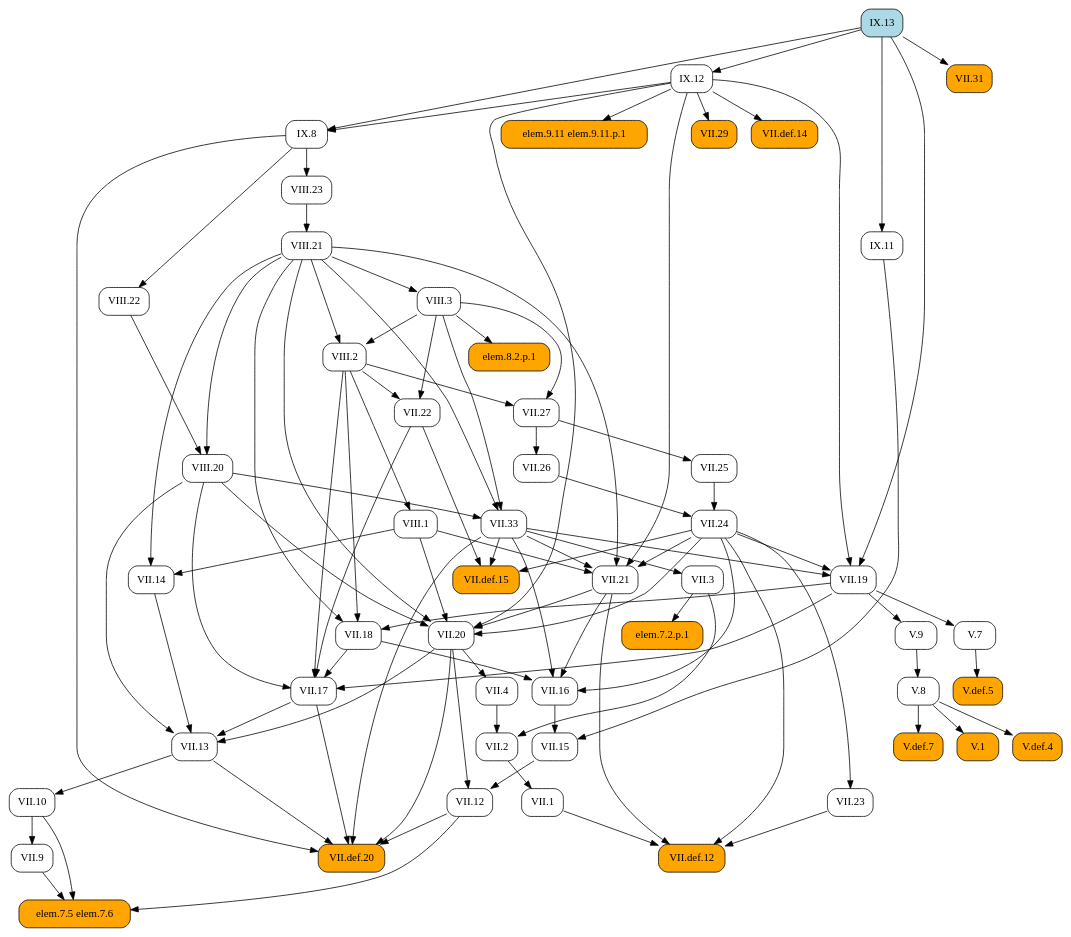
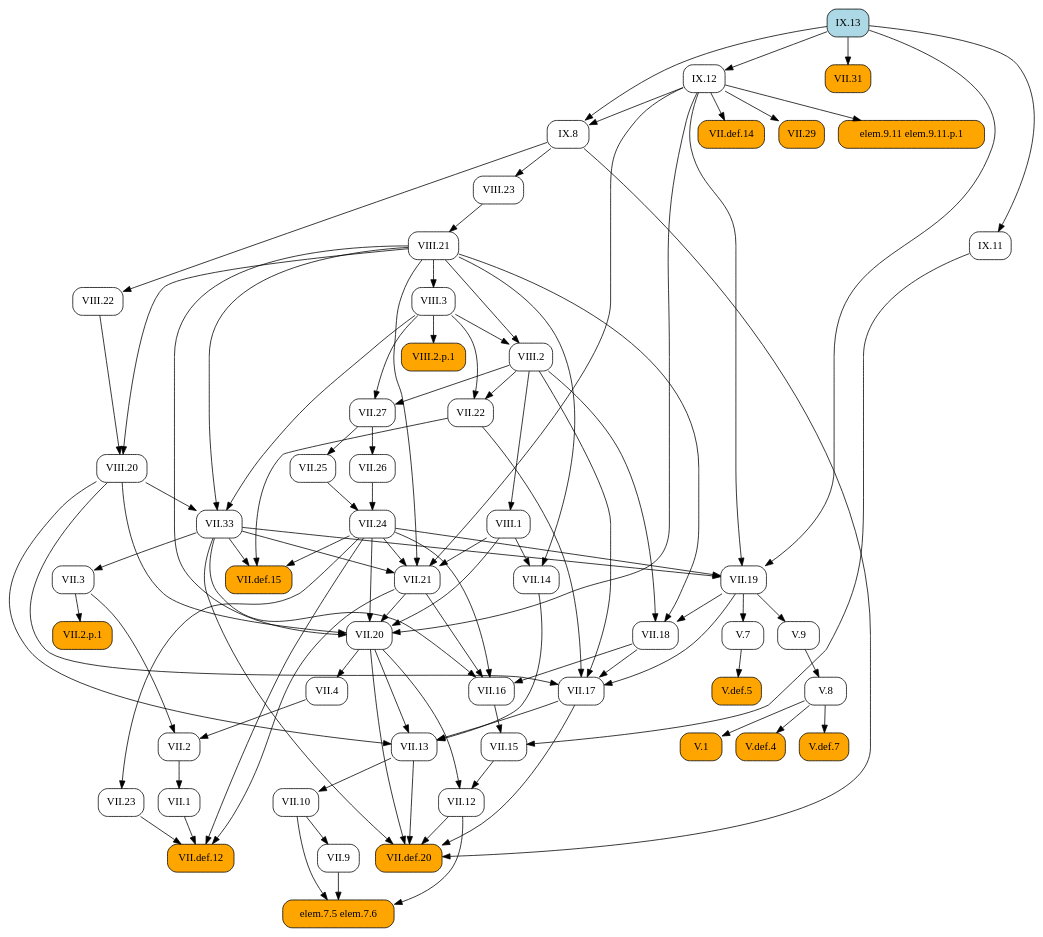
Before and after one commit to geometor/elements: the diagram in docsrc/heath/IX/13/index.rst, drawn with Graphviz. The commit also changed 484 other files, not shown here.

```diff
--- a/docsrc/heath/IX/13/index.rst
+++ b/docsrc/heath/IX/13/index.rst
@@ -102,111 +102,74 @@
    digraph {
      rankdir="TB";
      node [shape=box, style=rounded];
-     "VII.1" [URL="/heath/VII/1/", target="_top"];
+     "IX.8" [URL="/heath/IX/8/", target="_top"];
+     "VII.def.14" [style="rounded,filled", fillcolor=orange, URL="/heath/VII/def.14/", target="_top"];
+     "VII.12" [URL="/heath/VII/12/", target="_top"];
+     "elem.7.5 elem.7.6" [style="rounded,filled", fillcolor=orange];
+     "VIII.20" [URL="/heath/VIII/20/", target="_top"];
+     "VII.33" [URL="/heath/VII/33/", target="_top"];
      "VII.9" [URL="/heath/VII/9/", target="_top"];
-     "V.def.5" [style="rounded,filled", fillcolor=orange, URL="/heath/V/def.5/", target="_top"];
-     "IX.13" [style="rounded,filled", fillcolor=lightblue, URL="/heath/IX/13/", target="_top"];
-     "VII.29" [style="rounded,filled", fillcolor=orange, URL="/heath/VII/29/", target="_top"];
-     "VIII.23" [URL="/heath/VIII/23/", target="_top"];
      "IX.12" [URL="/heath/IX/12/", target="_top"];
-     "IX.11" [URL="/heath/IX/11/", target="_top"];
-     "VII.17" [URL="/heath/VII/17/", target="_top"];
-     "VII.3" [URL="/heath/VII/3/", target="_top"];
-     "elem.7.5 elem.7.6" [style="rounded,filled", fillcolor=orange];
-     "VIII.21" [URL="/heath/VIII/21/", target="_top"];
-     "V.7" [URL="/heath/V/7/", target="_top"];
-     "V.9" [URL="/heath/V/9/", target="_top"];
-     "VII.13" [URL="/heath/VII/13/", target="_top"];
-     "VII.2" [URL="/heath/VII/2/", target="_top"];
-     "VIII.1" [URL="/heath/VIII/1/", target="_top"];
      "VIII.2" [URL="/heath/VIII/2/", target="_top"];
-     "VII.12" [URL="/heath/VII/12/", target="_top"];
-     "IX.8" [URL="/heath/IX/8/", target="_top"];
-     "VII.24" [URL="/heath/VII/24/", target="_top"];
-     "VII.def.14" [style="rounded,filled", fillcolor=orange, URL="/heath/VII/def.14/", target="_top"];
-     "VII.def.12" [style="rounded,filled", fillcolor=orange, URL="/heath/VII/def.12/", target="_top"];
-     "V.8" [URL="/heath/V/8/", target="_top"];
-     "VII.33" [URL="/heath/VII/33/", target="_top"];
-     "VIII.22" [URL="/heath/VIII/22/", target="_top"];
-     "elem.7.2.p.1" [style="rounded,filled", fillcolor=orange];
-     "elem.9.11 elem.9.11.p.1" [style="rounded,filled", fillcolor=orange];
-     "VII.10" [URL="/heath/VII/10/", target="_top"];
-     "VII.def.15" [style="rounded,filled", fillcolor=orange, URL="/heath/VII/def.15/", target="_top"];
-     "VII.19" [URL="/heath/VII/19/", target="_top"];
      "VII.18" [URL="/heath/VII/18/", target="_top"];
      "VII.16" [URL="/heath/VII/16/", target="_top"];
+     "V.7" [URL="/heath/V/7/", target="_top"];
      "VII.26" [URL="/heath/VII/26/", target="_top"];
-     "VII.4" [URL="/heath/VII/4/", target="_top"];
-     "VII.25" [URL="/heath/VII/25/", target="_top"];
-     "VII.21" [URL="/heath/VII/21/", target="_top"];
-     "V.1" [style="rounded,filled", fillcolor=orange, URL="/heath/V/1/", target="_top"];
-     "VII.20" [URL="/heath/VII/20/", target="_top"];
+     "V.def.5" [style="rounded,filled", fillcolor=orange, URL="/heath/V/def.5/", target="_top"];
+     "V.9" [URL="/heath/V/9/", target="_top"];
+     "VII.10" [URL="/heath/VII/10/", target="_top"];
+     "VIII.3" [URL="/heath/VIII/3/", target="_top"];
+     "VII.13" [URL="/heath/VII/13/", target="_top"];
+     "VIII.23" [URL="/heath/VIII/23/", target="_top"];
+     "VII.29" [style="rounded,filled", fillcolor=orange, URL="/heath/VII/29/", target="_top"];
+     "VII.31" [style="rounded,filled", fillcolor=orange, URL="/heath/VII/31/", target="_top"];
+     "elem.9.11 elem.9.11.p.1" [style="rounded,filled", fillcolor=orange];
+     "VII.def.15" [style="rounded,filled", fillcolor=orange, URL="/heath/VII/def.15/", target="_top"];
+     "IX.13" [style="rounded,filled", fillcolor=lightblue, URL="/heath/IX/13/", target="_top"];
+     "VII.17" [URL="/heath/VII/17/", target="_top"];
+     "VII.19" [URL="/heath/VII/19/", target="_top"];
+     "VIII.2.p.1" [style="rounded,filled", fillcolor=orange];
+     "VII.2" [URL="/heath/VII/2/", target="_top"];
+     "VII.def.20" [style="rounded,filled", fillcolor=orange, URL="/heath/VII/def.20/", target="_top"];
+     "VII.2.p.1" [style="rounded,filled", fillcolor=orange];
+     "VII.15" [URL="/heath/VII/15/", target="_top"];
+     "V.def.4" [style="rounded,filled", fillcolor=orange, URL="/heath/V/def.4/", target="_top"];
+     "VIII.22" [URL="/heath/VIII/22/", target="_top"];
+     "V.def.7" [style="rounded,filled", fillcolor=orange, URL="/heath/V/def.7/", target="_top"];
+     "VIII.21" [URL="/heath/VIII/21/", target="_top"];
      "VII.14" [URL="/heath/VII/14/", target="_top"];
      "VII.27" [URL="/heath/VII/27/", target="_top"];
-     "VIII.3" [URL="/heath/VIII/3/", target="_top"];
-     "V.def.4" [style="rounded,filled", fillcolor=orange, URL="/heath/V/def.4/", target="_top"];
-     "VII.31" [style="rounded,filled", fillcolor=orange, URL="/heath/VII/31/", target="_top"];
+     "VII.21" [URL="/heath/VII/21/", target="_top"];
+     "VII.1" [URL="/heath/VII/1/", target="_top"];
      "VII.22" [URL="/heath/VII/22/", target="_top"];
-     "VIII.20" [URL="/heath/VIII/20/", target="_top"];
-     "V.def.7" [style="rounded,filled", fillcolor=orange, URL="/heath/V/def.7/", target="_top"];
+     "IX.11" [URL="/heath/IX/11/", target="_top"];
+     "VIII.1" [URL="/heath/VIII/1/", target="_top"];
+     "V.8" [URL="/heath/V/8/", target="_top"];
+     "VII.25" [URL="/heath/VII/25/", target="_top"];
      "VII.23" [URL="/heath/VII/23/", target="_top"];
-     "VII.15" [URL="/heath/VII/15/", target="_top"];
-     "VII.def.20" [style="rounded,filled", fillcolor=orange, URL="/heath/VII/def.20/", target="_top"];
-     "elem.8.2.p.1" [style="rounded,filled", fillcolor=orange];
-     "VII.2" -> "VII.1";
-     "VII.10" -> "VII.9";
-     "V.7" -> "V.def.5";
-     "IX.12" -> "VII.29";
-     "IX.8" -> "VIII.23";
-     "IX.13" -> "IX.12";
-     "IX.13" -> "IX.11";
-     "VII.18" -> "VII.17";
-     "VII.19" -> "VII.17";
-     "VII.22" -> "VII.17";
-     "VIII.2" -> "VII.17";
-     "VIII.20" -> "VII.17";
-     "VII.33" -> "VII.3";
+     "VII.4" [URL="/heath/VII/4/", target="_top"];
+     "VII.def.12" [style="rounded,filled", fillcolor=orange, URL="/heath/VII/def.12/", target="_top"];
+     "V.1" [style="rounded,filled", fillcolor=orange, URL="/heath/V/1/", target="_top"];
+     "VII.3" [URL="/heath/VII/3/", target="_top"];
+     "VII.24" [URL="/heath/VII/24/", target="_top"];
+     "VII.20" [URL="/heath/VII/20/", target="_top"];
+     "IX.12" -> "IX.8";
+     "IX.13" -> "IX.8";
+     "IX.12" -> "VII.def.14";
+     "VII.15" -> "VII.12";
+     "VII.20" -> "VII.12";
      "VII.9" -> "elem.7.5 elem.7.6";
      "VII.10" -> "elem.7.5 elem.7.6";
      "VII.12" -> "elem.7.5 elem.7.6";
-     "VIII.23" -> "VIII.21";
-     "VII.19" -> "V.7";
-     "VII.19" -> "V.9";
-     "VII.14" -> "VII.13";
-     "VII.17" -> "VII.13";
-     "VII.20" -> "VII.13";
-     "VIII.20" -> "VII.13";
-     "VII.3" -> "VII.2";
-     "VII.4" -> "VII.2";
-     "VIII.2" -> "VIII.1";
-     "VIII.3" -> "VIII.2";
-     "VIII.21" -> "VIII.2";
-     "VII.15" -> "VII.12";
-     "VII.20" -> "VII.12";
-     "IX.12" -> "IX.8";
-     "IX.13" -> "IX.8";
-     "VII.25" -> "VII.24";
-     "VII.26" -> "VII.24";
-     "IX.12" -> "VII.def.14";
-     "VII.1" -> "VII.def.12";
-     "VII.21" -> "VII.def.12";
-     "VII.23" -> "VII.def.12";
-     "VII.24" -> "VII.def.12";
-     "V.9" -> "V.8";
+     "VIII.21" -> "VIII.20";
+     "VIII.22" -> "VIII.20";
      "VIII.3" -> "VII.33";
      "VIII.20" -> "VII.33";
      "VIII.21" -> "VII.33";
-     "IX.8" -> "VIII.22";
-     "VII.3" -> "elem.7.2.p.1";
-     "IX.12" -> "elem.9.11 elem.9.11.p.1";
-     "VII.13" -> "VII.10";
-     "VII.22" -> "VII.def.15";
-     "VII.24" -> "VII.def.15";
-     "VII.33" -> "VII.def.15";
-     "VII.24" -> "VII.19";
-     "VII.33" -> "VII.19";
-     "IX.12" -> "VII.19";
-     "IX.13" -> "VII.19";
+     "VII.10" -> "VII.9";
+     "IX.13" -> "IX.12";
+     "VIII.3" -> "VIII.2";
+     "VIII.21" -> "VIII.2";
      "VII.19" -> "VII.18";
      "VIII.2" -> "VII.18";
      "VIII.21" -> "VII.18";
@@ -214,41 +177,78 @@
      "VII.21" -> "VII.16";
      "VII.24" -> "VII.16";
      "VII.33" -> "VII.16";
+     "VII.19" -> "V.7";
      "VII.27" -> "VII.26";
-     "VII.20" -> "VII.4";
-     "VII.27" -> "VII.25";
+     "V.7" -> "V.def.5";
+     "VII.19" -> "V.9";
+     "VII.13" -> "VII.10";
+     "VIII.21" -> "VIII.3";
+     "VII.14" -> "VII.13";
+     "VII.17" -> "VII.13";
+     "VII.20" -> "VII.13";
+     "VIII.20" -> "VII.13";
+     "IX.8" -> "VIII.23";
+     "IX.12" -> "VII.29";
+     "IX.13" -> "VII.31";
+     "IX.12" -> "elem.9.11 elem.9.11.p.1";
+     "VII.22" -> "VII.def.15";
+     "VII.24" -> "VII.def.15";
+     "VII.33" -> "VII.def.15";
+     "VII.18" -> "VII.17";
+     "VII.19" -> "VII.17";
+     "VII.22" -> "VII.17";
+     "VIII.2" -> "VII.17";
+     "VIII.20" -> "VII.17";
+     "VII.24" -> "VII.19";
+     "VII.33" -> "VII.19";
+     "IX.12" -> "VII.19";
+     "IX.13" -> "VII.19";
+     "VIII.3" -> "VIII.2.p.1";
+     "VII.3" -> "VII.2";
+     "VII.4" -> "VII.2";
+     "VII.12" -> "VII.def.20";
+     "VII.13" -> "VII.def.20";
+     "VII.17" -> "VII.def.20";
+     "VII.20" -> "VII.def.20";
+     "VII.33" -> "VII.def.20";
+     "IX.8" -> "VII.def.20";
+     "VII.3" -> "VII.2.p.1";
+     "VII.16" -> "VII.15";
+     "IX.11" -> "VII.15";
+     "V.8" -> "V.def.4";
+     "IX.8" -> "VIII.22";
+     "V.8" -> "V.def.7";
+     "VIII.23" -> "VIII.21";
+     "VIII.1" -> "VII.14";
+     "VIII.21" -> "VII.14";
+     "VIII.2" -> "VII.27";
+     "VIII.3" -> "VII.27";
      "VII.24" -> "VII.21";
      "VII.33" -> "VII.21";
      "VIII.1" -> "VII.21";
      "VIII.21" -> "VII.21";
      "IX.12" -> "VII.21";
+     "VII.2" -> "VII.1";
+     "VIII.2" -> "VII.22";
+     "VIII.3" -> "VII.22";
+     "IX.13" -> "IX.11";
+     "VIII.2" -> "VIII.1";
+     "V.9" -> "V.8";
+     "VII.27" -> "VII.25";
+     "VII.24" -> "VII.23";
+     "VII.20" -> "VII.4";
+     "VII.1" -> "VII.def.12";
+     "VII.21" -> "VII.def.12";
+     "VII.23" -> "VII.def.12";
+     "VII.24" -> "VII.def.12";
      "V.8" -> "V.1";
+     "VII.33" -> "VII.3";
+     "VII.25" -> "VII.24";
+     "VII.26" -> "VII.24";
      "VII.21" -> "VII.20";
      "VII.24" -> "VII.20";
      "VIII.1" -> "VII.20";
      "VIII.20" -> "VII.20";
      "VIII.21" -> "VII.20";
      "IX.12" -> "VII.20";
-     "VIII.1" -> "VII.14";
-     "VIII.21" -> "VII.14";
-     "VIII.2" -> "VII.27";
-     "VIII.3" -> "VII.27";
-     "VIII.21" -> "VIII.3";
-     "V.8" -> "V.def.4";
-     "IX.13" -> "VII.31";
-     "VIII.2" -> "VII.22";
-     "VIII.3" -> "VII.22";
-     "VIII.21" -> "VIII.20";
-     "VIII.22" -> "VIII.20";
-     "V.8" -> "V.def.7";
-     "VII.24" -> "VII.23";
-     "VII.16" -> "VII.15";
-     "IX.11" -> "VII.15";
-     "VII.12" -> "VII.def.20";
-     "VII.13" -> "VII.def.20";
-     "VII.17" -> "VII.def.20";
-     "VII.20" -> "VII.def.20";
-     "VII.33" -> "VII.def.20";
-     "IX.8" -> "VII.def.20";
-     "VIII.3" -> "elem.8.2.p.1";
    }
```
